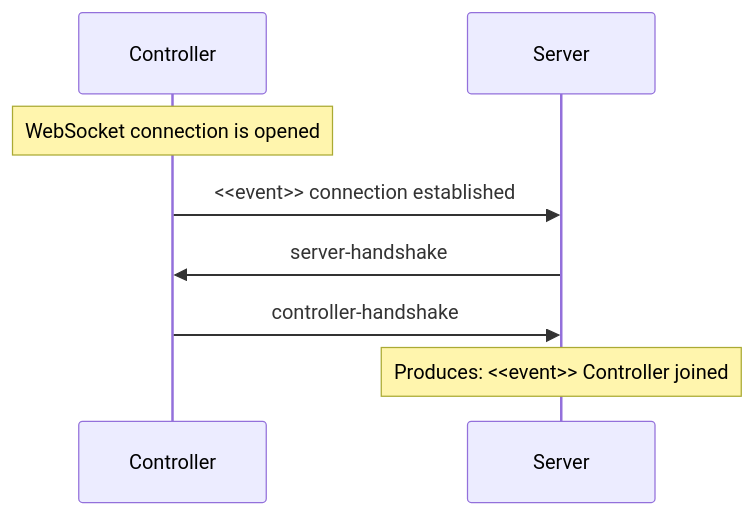
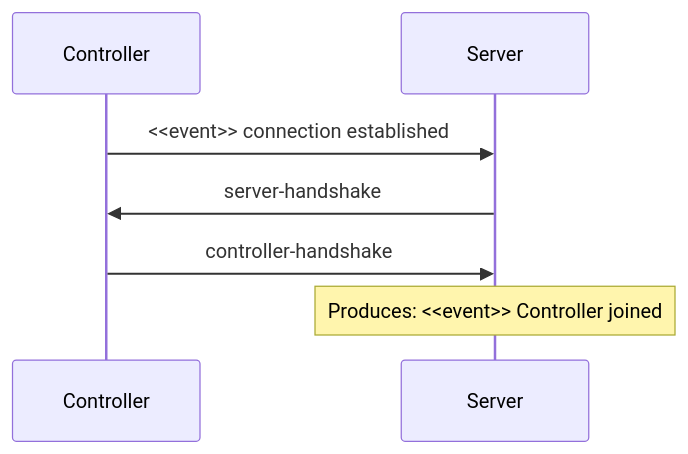
One commit to robocode-dev/tank-royale changed the fourth of 11 diagrams in schema/schemas/README.md. Above: the diagram before and after it, drawn with Mermaid. The commit also changed other lines of this file, not shown here.

Commit message:
Updated README.md for schemas.

````diff
--- a/schema/schemas/README.md
+++ b/schema/schemas/README.md
@@ -50,8 +69,7 @@
 ```mermaid
 sequenceDiagram
-    Note over Controller: WebSocket connection is opened
     Controller->>Server: <<event>> connection established
     Server->>Controller: server-handshake
     Controller->>Server: controller-handshake
     Note over Server: Produces: <<event>> Controller joined
 ```
````
